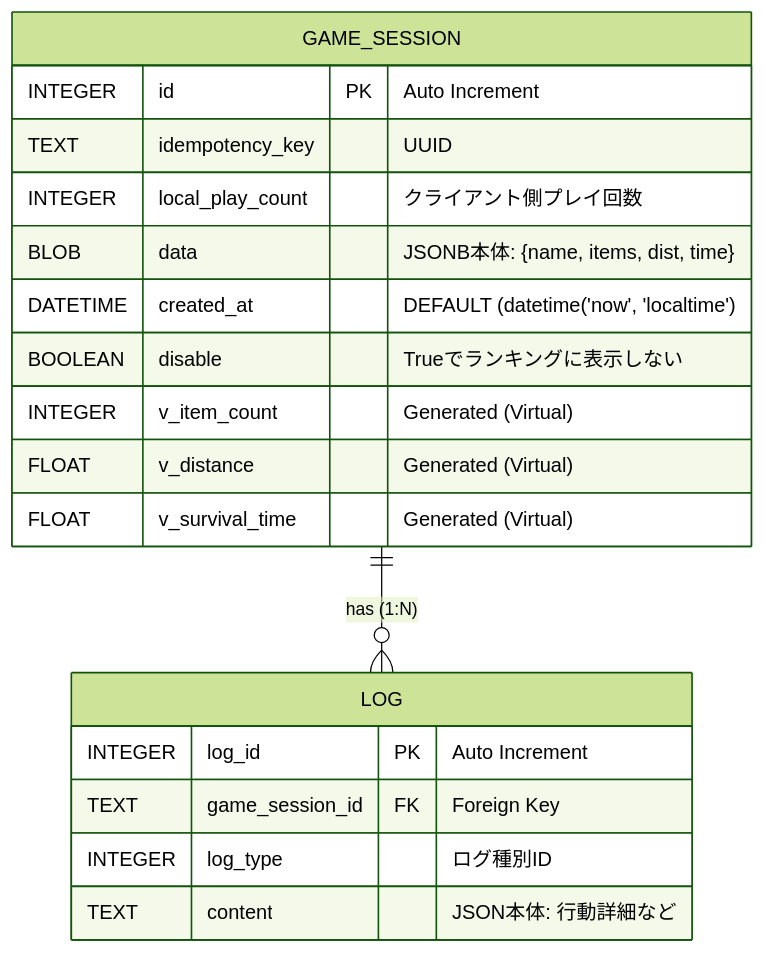
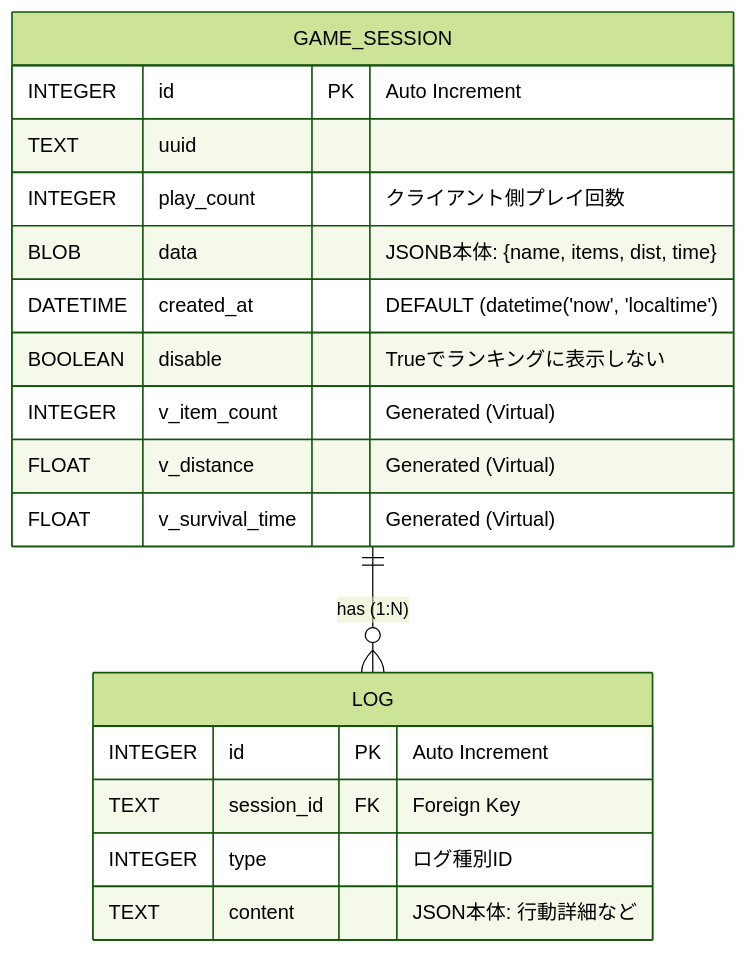
The second of 4 diagrams in document/2025-repo04-for-students.md (Yotaro-packer/API-training-final), drawn with Mermaid (forest theme) before and after one commit. The commit also changed other lines of this file and 8 other files, not shown here.

````diff
--- a/document/2025-repo04-for-students.md
+++ b/document/2025-repo04-for-students.md
@@ -169,23 +169,23 @@
 ```mermaid
 erDiagram
     GAME_SESSION {
         INTEGER id PK "Auto Increment"
-        TEXT idempotency_key "UUID"
-        INTEGER local_play_count "クライアント側プレイ回数"
+        TEXT uuid
+        INTEGER play_count "クライアント側プレイ回数"
         BLOB data "JSONB本体: {name, items, dist, time}"
         DATETIME created_at "DEFAULT (datetime('now', 'localtime')"
         BOOLEAN disable "Trueでランキングに表示しない"
         INTEGER v_item_count "Generated (Virtual)"
         FLOAT v_distance "Generated (Virtual)"
         FLOAT v_survival_time "Generated (Virtual)"
     }
 
     LOG {
-        INTEGER log_id PK "Auto Increment"
-        TEXT game_session_id FK "Foreign Key"
-        INTEGER log_type "ログ種別ID"
+        INTEGER id PK "Auto Increment"
+        TEXT session_id FK "Foreign Key"
+        INTEGER type "ログ種別ID"
         TEXT content "JSON本体: 行動詳細など"
     }
 
     GAME_SESSION ||--o{ LOG : "has (1:N)"
 ```
````
